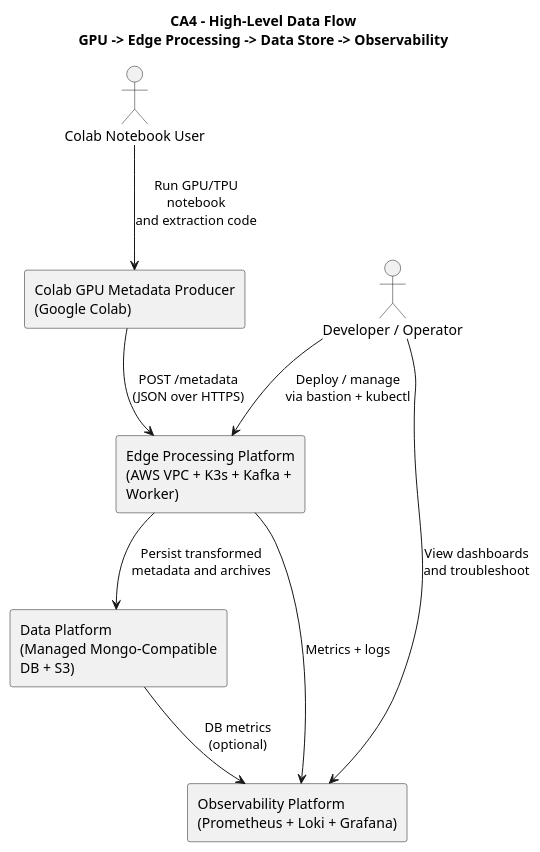
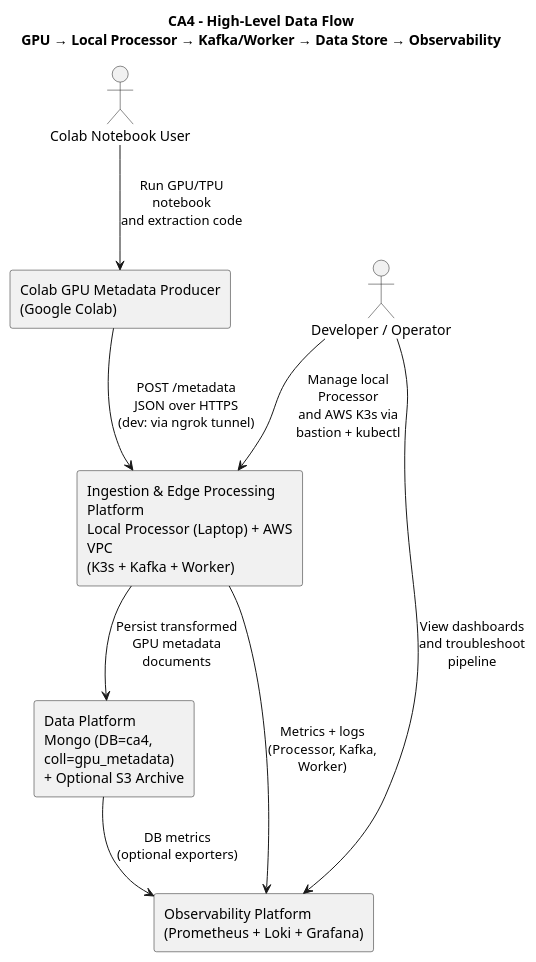
The diagram in CA4/diagrams/c1.puml (brobro10000/gpu-token-analytics-pipeline), drawn with PlantUML before and after one commit. The commit also changed 15 other files, not shown here.

```diff
--- a/CA4/diagrams/c1.puml
+++ b/CA4/diagrams/c1.puml
@@ -1,50 +1,50 @@
 @startuml CA4_High_Level_Dataflow
 
-title CA4 – High-Level Data Flow\nGPU -> Edge Processing -> Data Store -> Observability
+title CA4 – High-Level Data Flow\nGPU → Local Processor → Kafka/Worker → Data Store → Observability
 
 skinparam shadowing false
 skinparam componentStyle rectangle
 skinparam defaultFontName Arial
 skinparam wrapWidth 220
 skinparam maxMessageSize 140
 
 ' -------------------------------------------------
 ' ACTORS
 ' -------------------------------------------------
 actor "Colab Notebook User" as COLAB_USER
 actor "Developer / Operator" as DEV_USER
 
 ' -------------------------------------------------
 ' SYSTEMS (HIGH-LEVEL)
 ' -------------------------------------------------
 
 rectangle "Colab GPU Metadata Producer\n(Google Colab)" as COLAB_SYS
 
-rectangle "Edge Processing Platform\n(AWS VPC + K3s + Kafka + Worker)" as EDGE_PLATFORM
+rectangle "Ingestion & Edge Processing Platform\nLocal Processor (Laptop) + AWS VPC\n(K3s + Kafka + Worker)" as EDGE_PLATFORM
 
-rectangle "Data Platform\n(Managed Mongo-Compatible DB + S3)" as DATA_PLATFORM
+rectangle "Data Platform\nMongo (DB=ca4, coll=gpu_metadata)\n+ Optional S3 Archive" as DATA_PLATFORM
 
 rectangle "Observability Platform\n(Prometheus + Loki + Grafana)" as OBS_PLATFORM
 
 ' -------------------------------------------------
 ' RELATIONSHIPS – DATA FLOW
 ' -------------------------------------------------
 
 ' User runs notebook
 COLAB_USER --> COLAB_SYS : Run GPU/TPU notebook\nand extraction code
 
 ' Colab sends metadata into edge platform
-COLAB_SYS --> EDGE_PLATFORM : POST /metadata\n(JSON over HTTPS)
+COLAB_SYS --> EDGE_PLATFORM : POST /metadata\nJSON over HTTPS\n(dev: via ngrok tunnel)
 
 ' Edge platform streams and transforms
-EDGE_PLATFORM --> DATA_PLATFORM : Persist transformed\nmetadata and archives
+EDGE_PLATFORM --> DATA_PLATFORM : Persist transformed\nGPU metadata documents
 
 ' Observability: metrics and logs
-EDGE_PLATFORM --> OBS_PLATFORM : Metrics + logs
-DATA_PLATFORM --> OBS_PLATFORM : DB metrics\n(optional)
+EDGE_PLATFORM --> OBS_PLATFORM : Metrics + logs\n(Processor, Kafka, Worker)
+DATA_PLATFORM --> OBS_PLATFORM : DB metrics\n(optional exporters)
 
 ' Dev/ops interactions
-DEV_USER --> EDGE_PLATFORM : Deploy / manage\nvia bastion + kubectl
-DEV_USER --> OBS_PLATFORM : View dashboards\nand troubleshoot
+DEV_USER --> EDGE_PLATFORM : Manage local Processor\nand AWS K3s via bastion + kubectl
+DEV_USER --> OBS_PLATFORM : View dashboards\nand troubleshoot pipeline
 
 @enduml
```
